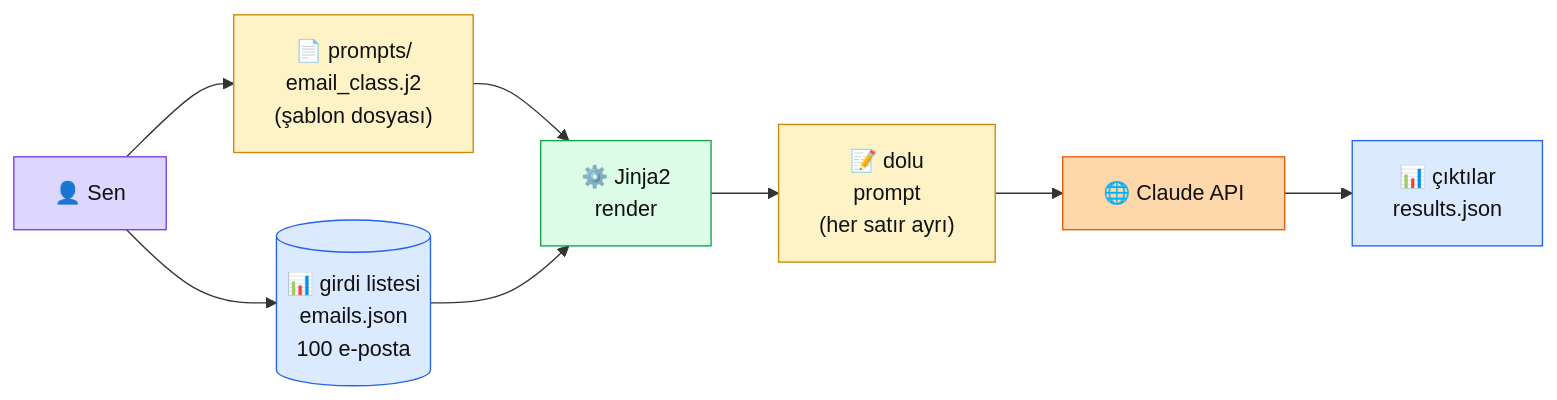
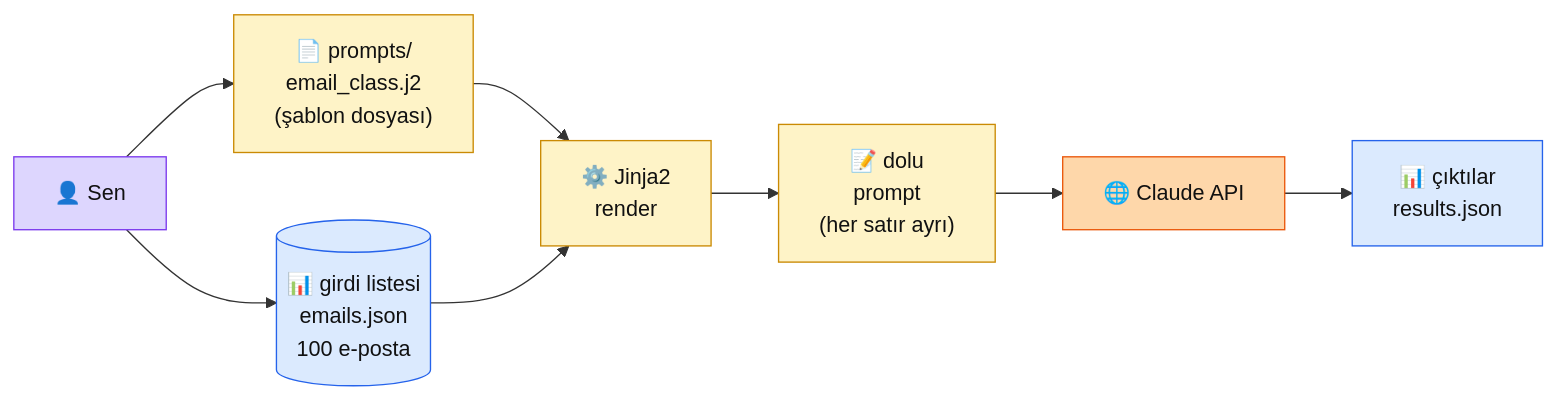
One commit to KemalG-u/muhendisal-platform changed the diagram in docs/bolum-2/06-sablonlar.md. Above: the diagram before and after it, drawn with Mermaid. The commit also changed other lines of this file and 8 other files, not shown here.

````diff
--- a/docs/bolum-2/06-sablonlar.md
+++ b/docs/bolum-2/06-sablonlar.md
@@ -38,27 +39,27 @@
 ```mermaid
 flowchart LR
   S["👤 Sen"]
   TPL["📄 prompts/\nemail_class.j2\n(şablon dosyası)"]
   DATA[("📊 girdi listesi\nemails.json\n100 e-posta")]
   ENG["⚙️ Jinja2\nrender"]
   PROMPT["📝 dolu\nprompt\n(her satır ayrı)"]
   API["🌐 Claude API"]
   OUT["📊 çıktılar\nresults.json"]
 
   S --> TPL
   S --> DATA
   TPL --> ENG
   DATA --> ENG
   ENG --> PROMPT --> API --> OUT
 
   classDef sen fill:#ddd6fe,stroke:#7c3aed,color:#111
   classDef tpl fill:#fef3c7,stroke:#ca8a04,color:#111
   classDef data fill:#dbeafe,stroke:#2563eb,color:#111
-  classDef eng fill:#dcfce7,stroke:#16a34a,color:#111
+  classDef eng fill:#fef3c7,stroke:#ca8a04,color:#111
   classDef uzak fill:#fed7aa,stroke:#ea580c,color:#111
   class S sen
   class TPL,PROMPT tpl
   class DATA,OUT data
   class ENG eng
   class API uzak
 ```
````
